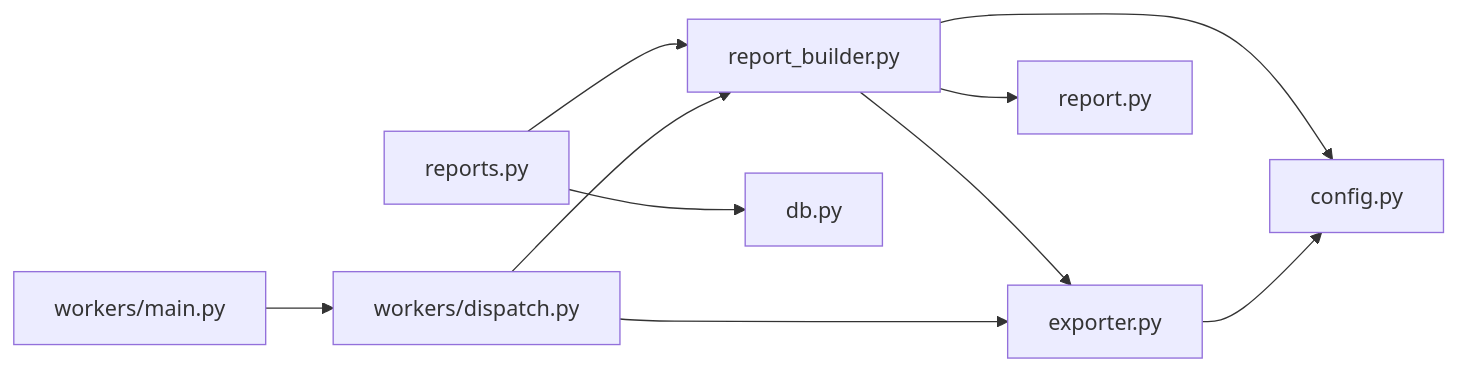
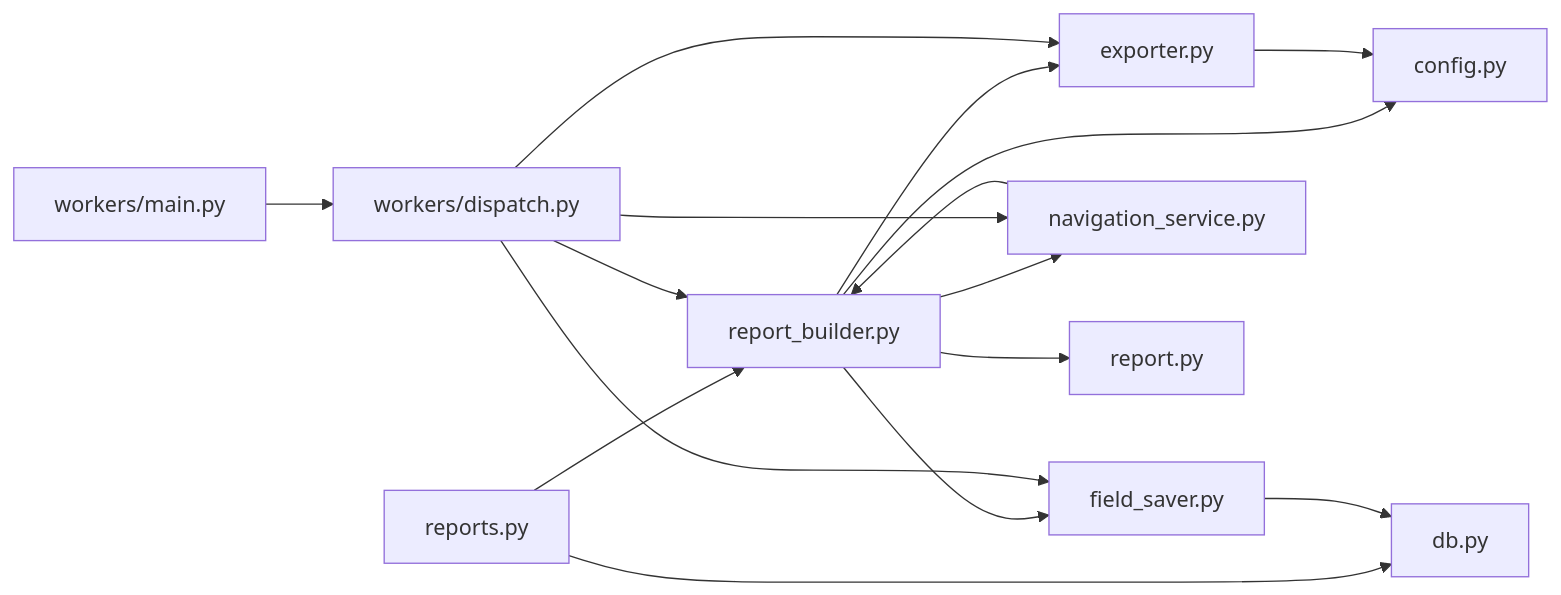
Before and after one commit to vu1Art1st/talos: the third of 3 diagrams in .qoder/repowiki/zh/content/后端API文档/报告生成API.md, drawn with Mermaid. The commit also changed other lines of this file and 129 other files, not shown here.

````diff
--- a/.qoder/repowiki/zh/content/后端API文档/报告生成API.md
+++ b/.qoder/repowiki/zh/content/后端API文档/报告生成API.md
@@ -221,12 +287,18 @@
 ```mermaid
 graph LR
 API["reports.py"] --> RB["report_builder.py"]
 RB --> EX["exporter.py"]
+RB --> FS["field_saver.py"]
+RB --> NS["navigation_service.py"]
 RB --> MR["report.py"]
 RB --> CFG["config.py"]
 EX --> CFG
 API --> DB["db.py"]
+FS --> DB
+NS --> RB
 WM["workers/main.py"] --> WD["workers/dispatch.py"]
 WD --> RB
 WD --> EX
+WD --> FS
+WD --> NS
 ```
````
